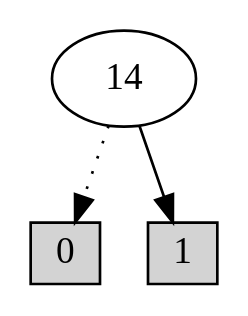
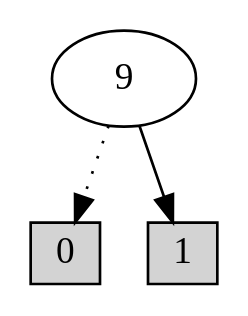
Before and after one commit to MieskeB/2IMF25: the diagram in ass6/res/circuit06/USCITE_REG_1__SCAN_IN_opt.dot, drawn with Graphviz. The commit also changed 830 other files, not shown here.

```diff
--- a/ass6/res/circuit06/USCITE_REG_1__SCAN_IN_opt.dot
+++ b/ass6/res/circuit06/USCITE_REG_1__SCAN_IN_opt.dot
@@ -1,7 +1,7 @@
 digraph G {
 0 [shape=box, label="0", style=filled, shape=box, height=0.3, width=0.3];
 1 [shape=box, label="1", style=filled, shape=box, height=0.3, width=0.3];
-30 [label="14"];
-30 -> 0 [style=dotted];
-30 -> 1 [style=filled];
+20 [label="9"];
+20 -> 0 [style=dotted];
+20 -> 1 [style=filled];
 }
```
